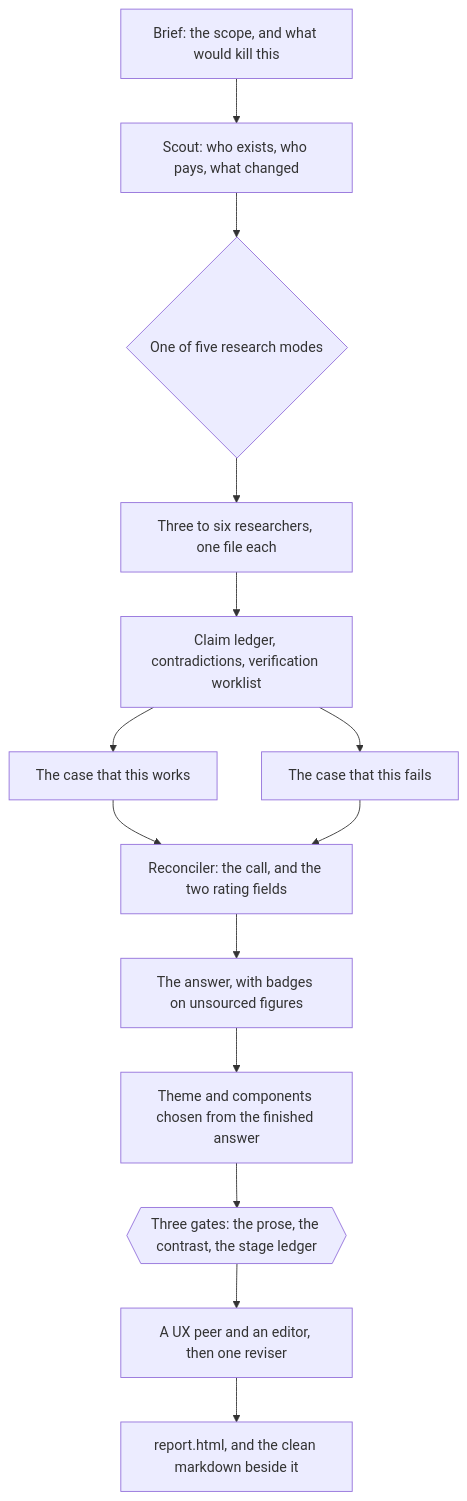
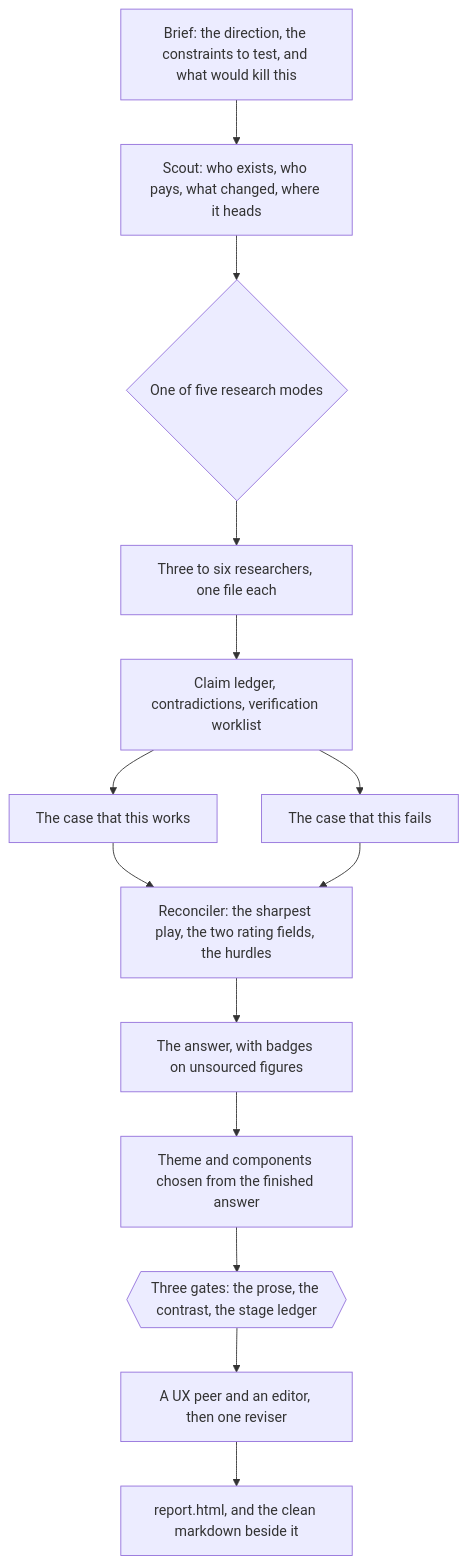
The diagram in README.md (rishabhrawat35/idea-research), drawn with Mermaid before and after one commit. The commit also changed other lines of this file and 3 other files, not shown here.

````diff
--- a/README.md
+++ b/README.md
@@ -40,16 +43,16 @@
 ```mermaid
 flowchart TD
-    B["Brief: the scope, and what would kill this"] --> S["Scout: who exists, who pays, what changed"]
+    B["Brief: the direction, the constraints to test, and what would kill this"] --> S["Scout: who exists, who pays, what changed, where it heads"]
     S --> M{"One of five research modes"}
     M --> R["Three to six researchers, one file each"]
     R --> L["Claim ledger, contradictions, verification worklist"]
     L --> F["The case that this works"]
     L --> A["The case that this fails"]
-    F --> C["Reconciler: the call, and the two rating fields"]
+    F --> C["Reconciler: the sharpest play, the two rating fields, the hurdles"]
     A --> C
     C --> W["The answer, with badges on unsourced figures"]
     W --> D["Theme and components chosen from the finished answer"]
     D --> G{{"Three gates: the prose, the contrast, the stage ledger"}}
     G --> J["A UX peer and an editor, then one reviser"]
     J --> P["report.html, and the clean markdown beside it"]
 ```
````
